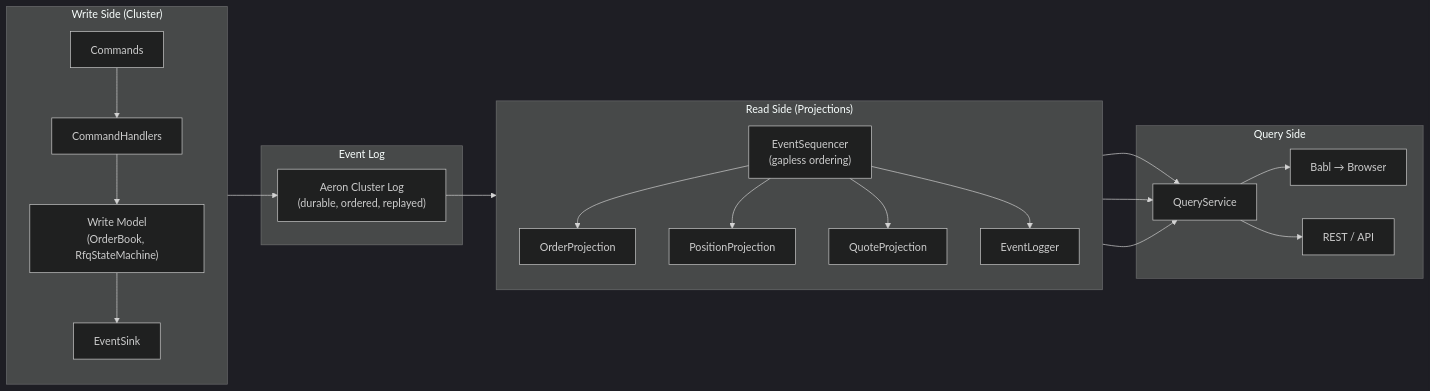
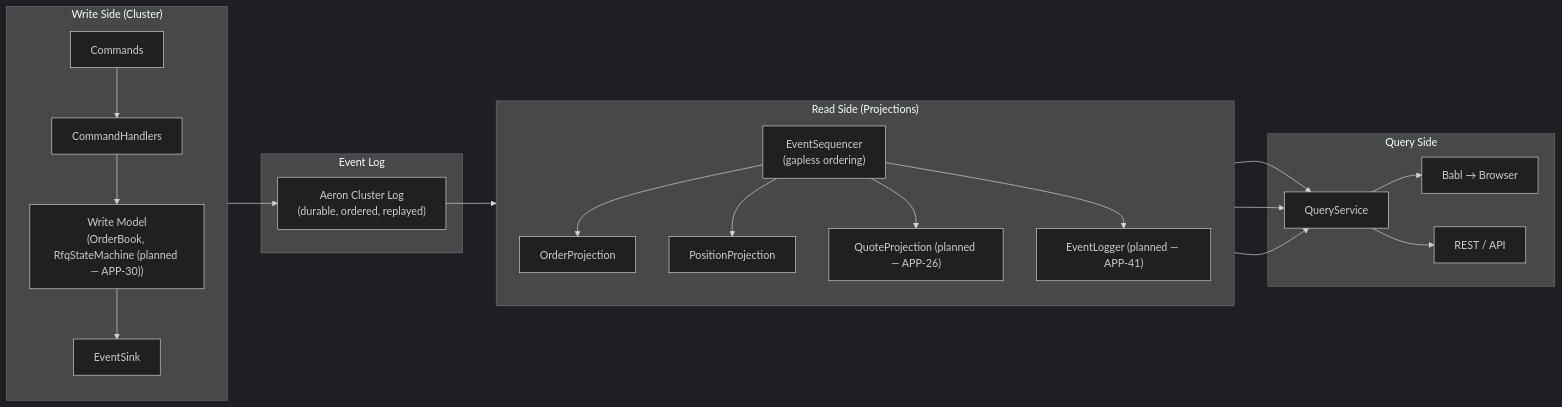
The first of 2 diagrams in docs/cqrs.md (jsohi/app-trading-engine), drawn with Mermaid (dark theme) before and after one commit. The commit also changed other lines of this file and 15 other files, not shown here.

````diff
--- a/docs/cqrs.md
+++ b/docs/cqrs.md
@@ -7,42 +7,42 @@
 ```mermaid
 graph LR
     subgraph Write["Write Side (Cluster)"]
         direction TB
         CMD["Commands"]
         CH["CommandHandlers"]
-        WM["Write Model<br/>(OrderBook, RfqStateMachine)"]
+        WM["Write Model<br/>(OrderBook, RfqStateMachine (planned — APP-30))"]
         ES["EventSink"]
         CMD --> CH --> WM --> ES
     end
 
     subgraph Events["Event Log"]
         EL["Aeron Cluster Log<br/>(durable, ordered, replayed)"]
     end
 
     subgraph Read["Read Side (Projections)"]
         direction TB
         SEQ["EventSequencer<br/>(gapless ordering)"]
         OP["OrderProjection"]
         PP["PositionProjection"]
-        QP["QuoteProjection"]
-        LOG["EventLogger"]
+        QP["QuoteProjection (planned — APP-26)"]
+        LOG["EventLogger (planned — APP-41)"]
         SEQ --> OP
         SEQ --> PP
         SEQ --> QP
         SEQ --> LOG
     end
 
     subgraph Query["Query Side"]
         QS["QueryService"]
         BABL["Babl → Browser"]
         REST["REST / API"]
         QS --> BABL
         QS --> REST
     end
 
     ES --> EL
     EL --> SEQ
     OP --> QS
     PP --> QS
     QP --> QS
 ```
````
